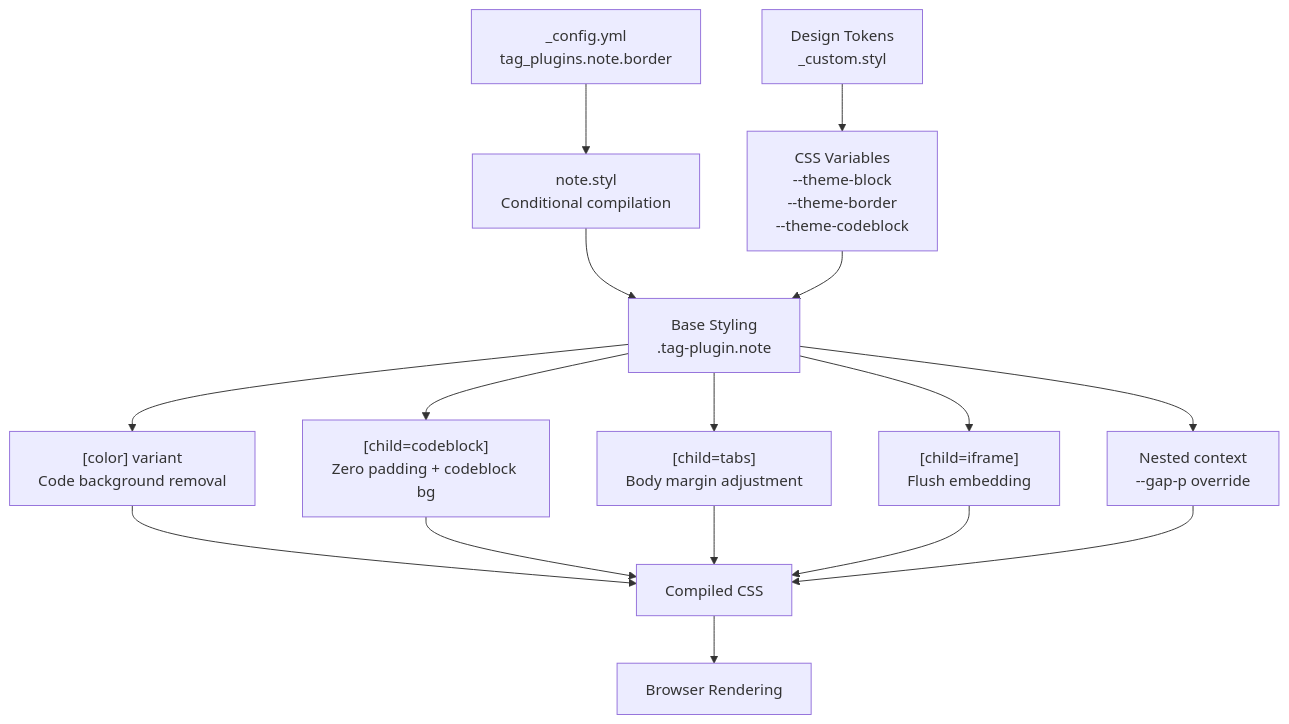
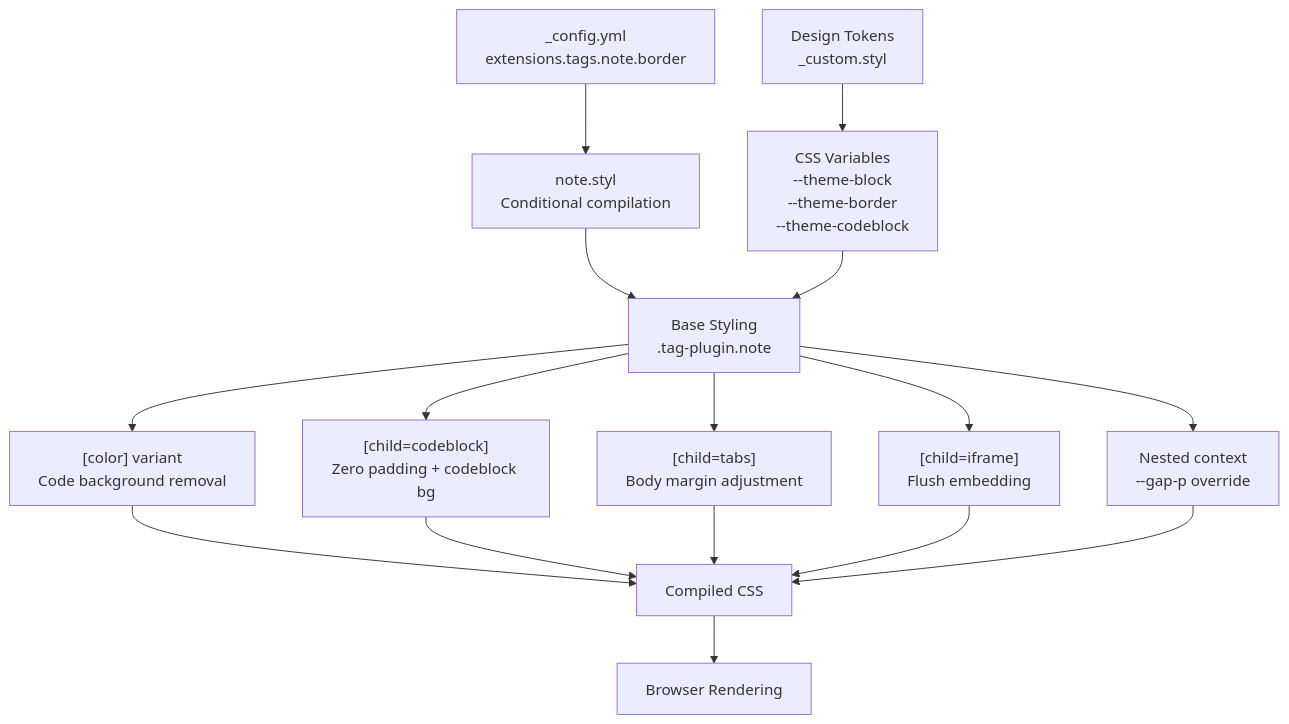
Before and after one commit to xaoxuu/hexo-theme-stellar: the sixth of 6 diagrams in docs/knowledge/04-标签插件/note-container-tags.md, drawn with Mermaid. The commit also changed other lines of this file and 124 other files, not shown here.

````diff
--- a/docs/knowledge/04-标签插件/note-container-tags.md
+++ b/docs/knowledge/04-标签插件/note-container-tags.md
@@ -339,26 +339,26 @@
 ```mermaid
 graph TB
-    CONFIG["_config.yml<br/>tag_plugins.note.border"]
+    CONFIG["_config.yml<br/>extensions.tags.note.border"]
     TOKENS["Design Tokens<br/>_custom.styl"]
     
     CONFIG --> STYLUS["note.styl<br/>Conditional compilation"]
     TOKENS --> VARS["CSS Variables<br/>--theme-block<br/>--theme-border<br/>--theme-codeblock"]
     
     STYLUS --> BASE["Base Styling<br/>.tag-plugin.note"]
     VARS --> BASE
     
     BASE --> SELECTOR1["[color] variant<br/>Code background removal"]
     BASE --> SELECTOR2["[child=codeblock]<br/>Zero padding + codeblock bg"]
     BASE --> SELECTOR3["[child=tabs]<br/>Body margin adjustment"]
     BASE --> SELECTOR4["[child=iframe]<br/>Flush embedding"]
     
     BASE --> NESTED["Nested context<br/>--gap-p override"]
     
     SELECTOR1 --> OUTPUT["Compiled CSS"]
     SELECTOR2 --> OUTPUT
     SELECTOR3 --> OUTPUT
     SELECTOR4 --> OUTPUT
     NESTED --> OUTPUT
     
     OUTPUT --> BROWSER["Browser Rendering"]
 ```
````
